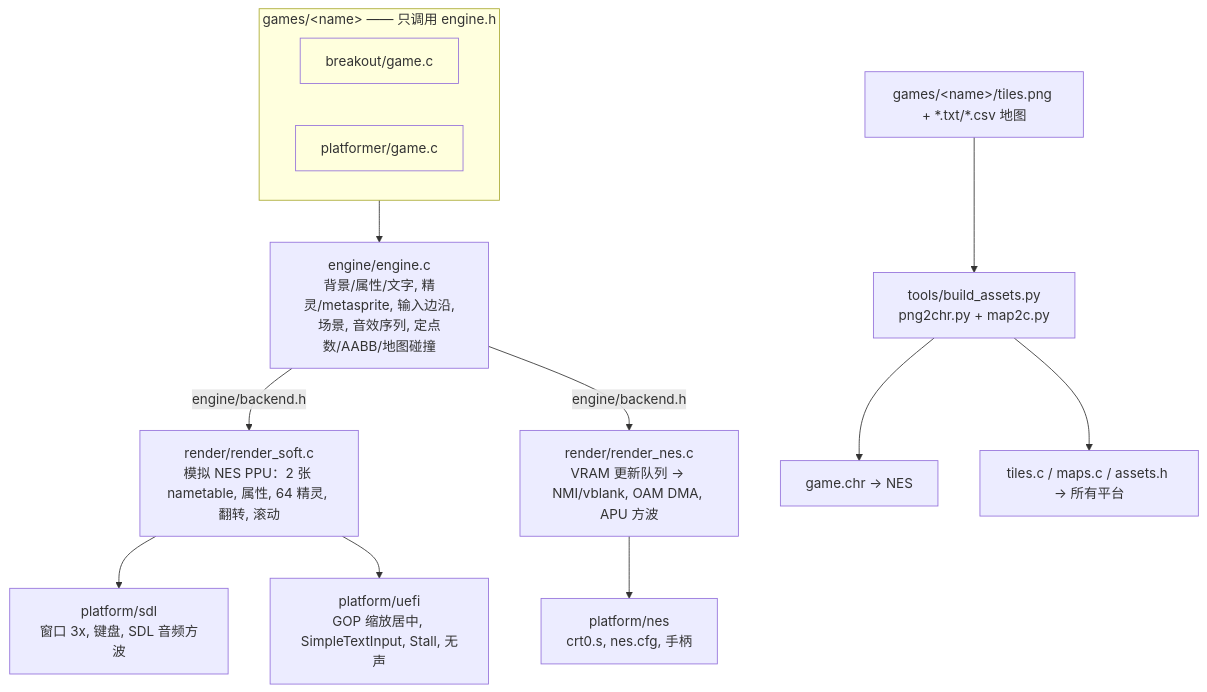
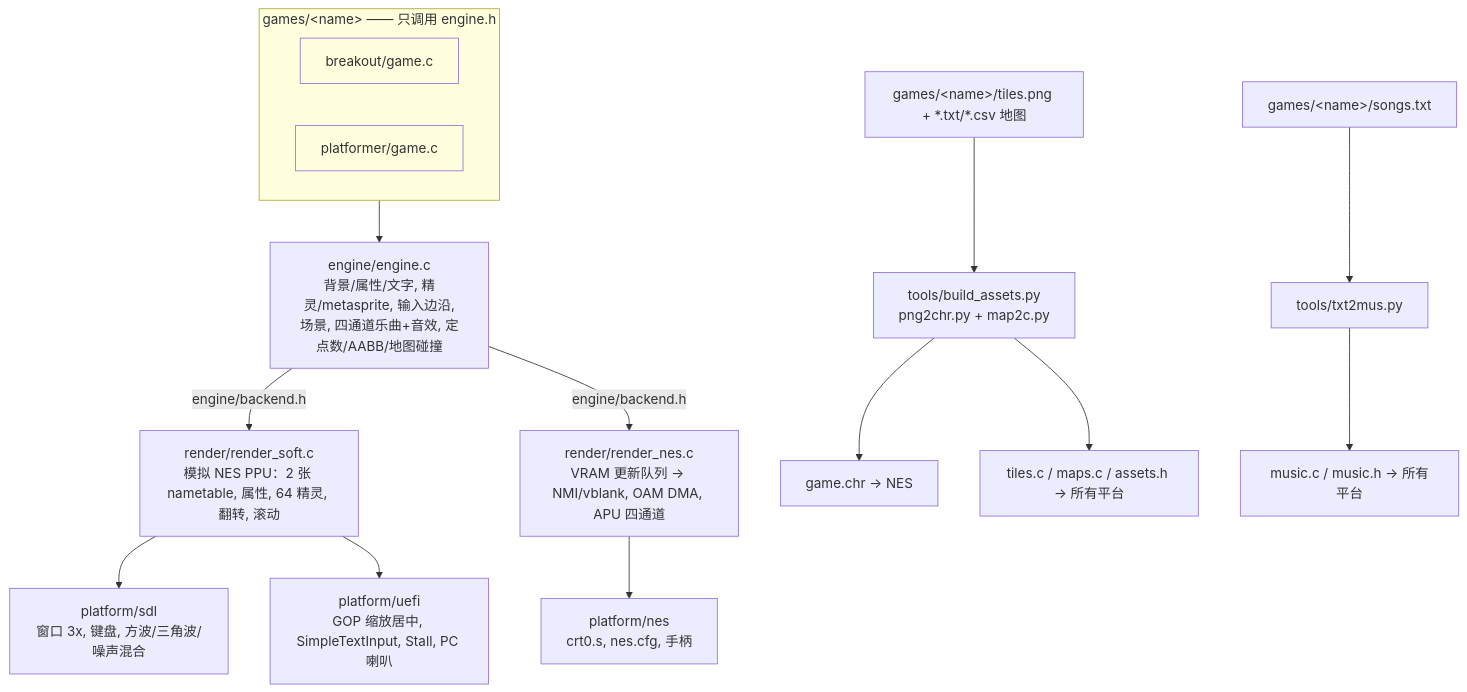
The diagram in README.md (brightHuang84/RetroEngine), drawn with Mermaid before and after one commit. The commit also changed other lines of this file and 15 other files, not shown here.

````diff
--- a/README.md
+++ b/README.md
@@ -8,17 +8,19 @@
 ```mermaid
 flowchart TD
   subgraph games[games/&lt;name&gt; —— 只调用 engine.h]
     BG[breakout/game.c]:::g
     PF[platformer/game.c]:::g
   end
-  games --> E[engine/engine.c<br>背景/属性/文字, 精灵/metasprite, 输入边沿,<br>场景, 音效序列, 定点数/AABB/地图碰撞]
+  games --> E[engine/engine.c<br>背景/属性/文字, 精灵/metasprite, 输入边沿,<br>场景, 四通道乐曲+音效, 定点数/AABB/地图碰撞]
   E -->|engine/backend.h| RS[render/render_soft.c<br>模拟 NES PPU：2 张 nametable, 属性, 64 精灵, 翻转, 滚动]
-  E -->|engine/backend.h| RN[render/render_nes.c<br>VRAM 更新队列 → NMI/vblank, OAM DMA, APU 方波]
-  RS --> SDL[platform/sdl<br>窗口 3x, 键盘, SDL 音频方波]
-  RS --> UEFI[platform/uefi<br>GOP 缩放居中, SimpleTextInput, Stall, 无声]
+  E -->|engine/backend.h| RN[render/render_nes.c<br>VRAM 更新队列 → NMI/vblank, OAM DMA, APU 四通道]
+  RS --> SDL[platform/sdl<br>窗口 3x, 键盘, 方波/三角波/噪声混合]
+  RS --> UEFI[platform/uefi<br>GOP 缩放居中, SimpleTextInput, Stall, PC 喇叭]
   RN --> NES[platform/nes<br>crt0.s, nes.cfg, 手柄]
   A[games/&lt;name&gt;/tiles.png + *.txt/*.csv 地图] --> T[tools/build_assets.py<br>png2chr.py + map2c.py]
   T --> CHR[game.chr → NES]
   T --> CA[tiles.c / maps.c / assets.h → 所有平台]
+  S[games/&lt;name&gt;/songs.txt] --> TM[tools/txt2mus.py]
+  TM --> MU[music.c / music.h → 所有平台]
   classDef g fill:#ffd
 ```
````
